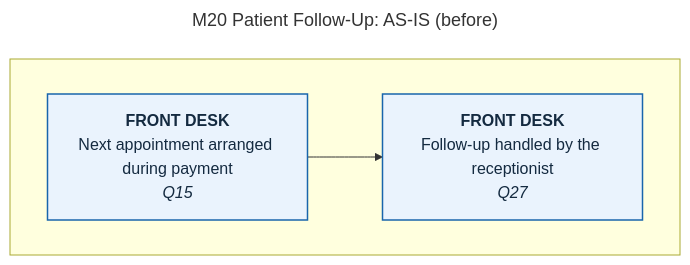
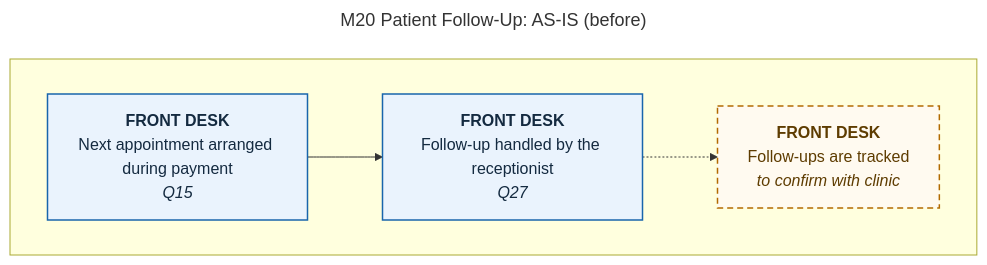
Before and after one commit to 0phem/multibranch-dental-clinic: the diagram in docs/defense/diagrams/M20-patient-follow-up-as-is.mmd, drawn with Mermaid. The commit also changed 27 other files, not shown here.

Commit message:
docs: M19 and M20 implemented — statuses, TO-BE diagrams and process PDF, interview questions (prescriptions, license number, follow-ups, tooth numbering), open items 30–31, panel Q56–59, demo moment 3h, roadmap slide for M12/M24, pending migrations (item 18)

```diff
--- a/docs/defense/diagrams/M20-patient-follow-up-as-is.mmd
+++ b/docs/defense/diagrams/M20-patient-follow-up-as-is.mmd
@@ -1,16 +1,18 @@
 ---
 title: "M20 Patient Follow-Up: AS-IS (before)"
 ---
 flowchart TB
     subgraph L1[" "]
     direction LR
       S0["<b>FRONT DESK</b><br/>Next appointment arranged during payment<br/><i>Q15</i>"]:::cited
       S1["<b>FRONT DESK</b><br/>Follow-up handled by the receptionist<br/><i>Q27</i>"]:::cited
+      S2["<b>FRONT DESK</b><br/>Follow-ups are tracked<br/><i>to confirm with clinic</i>"]:::confirm
     end
     S0 --> S1
+    S1 -.-> S2
     classDef cited fill:#eaf3fd,stroke:#1865ac,color:#142a40,stroke-width:1.5px
     classDef confirm fill:#fffaf0,stroke:#b26a00,color:#5e3c00,stroke-width:1.5px,stroke-dasharray:6 4
     classDef auto fill:#e6f5ee,stroke:#0c7f75,color:#0f3d33,stroke-width:1.5px
     classDef manual fill:#eaf3fd,stroke:#1865ac,color:#142a40,stroke-width:1.5px
     classDef mock fill:#f3f5f7,stroke:#5a6b7d,color:#3a4e63,stroke-width:1.5px,stroke-dasharray:3 3
     classDef planned fill:#ffffff,stroke:#5a6b7d,color:#3a4e63,stroke-width:1.5px,stroke-dasharray:6 4
```
